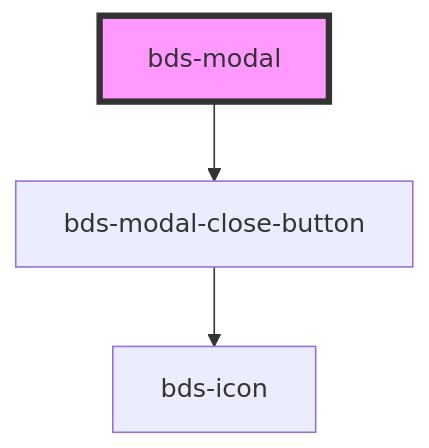
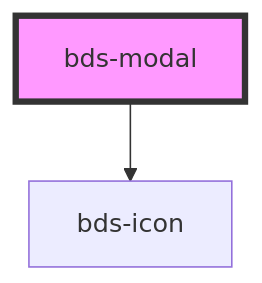
One commit to takenet/blip-ds changed the diagram in src/components/modal/readme.md. Above: the diagram before and after it, drawn with Mermaid. The commit also changed other lines of this file and 6 other files, not shown here.

Commit message:
fix(component): prevent onClick event on close button if it close button is not defined

````diff
--- a/src/components/modal/readme.md
+++ b/src/components/modal/readme.md
@@ -43,6 +43,5 @@
 ```mermaid
 graph TD;
-  bds-modal --> bds-modal-close-button
-  bds-modal-close-button --> bds-icon
+  bds-modal --> bds-icon
   style bds-modal fill:#f9f,stroke:#333,stroke-width:4px
 ```
````
